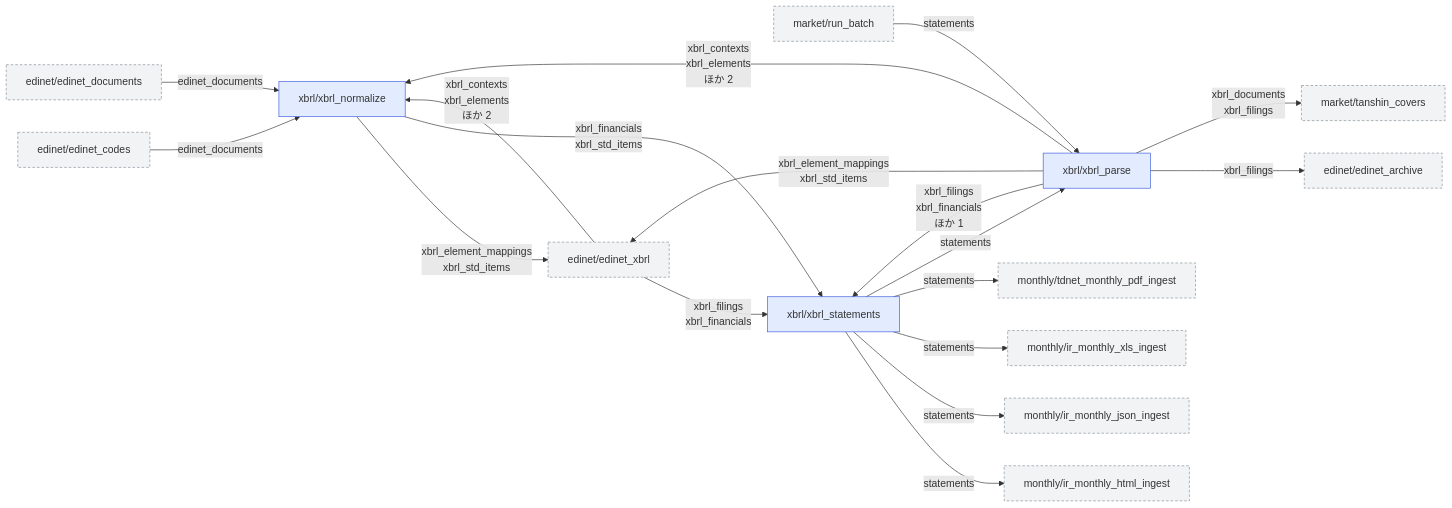
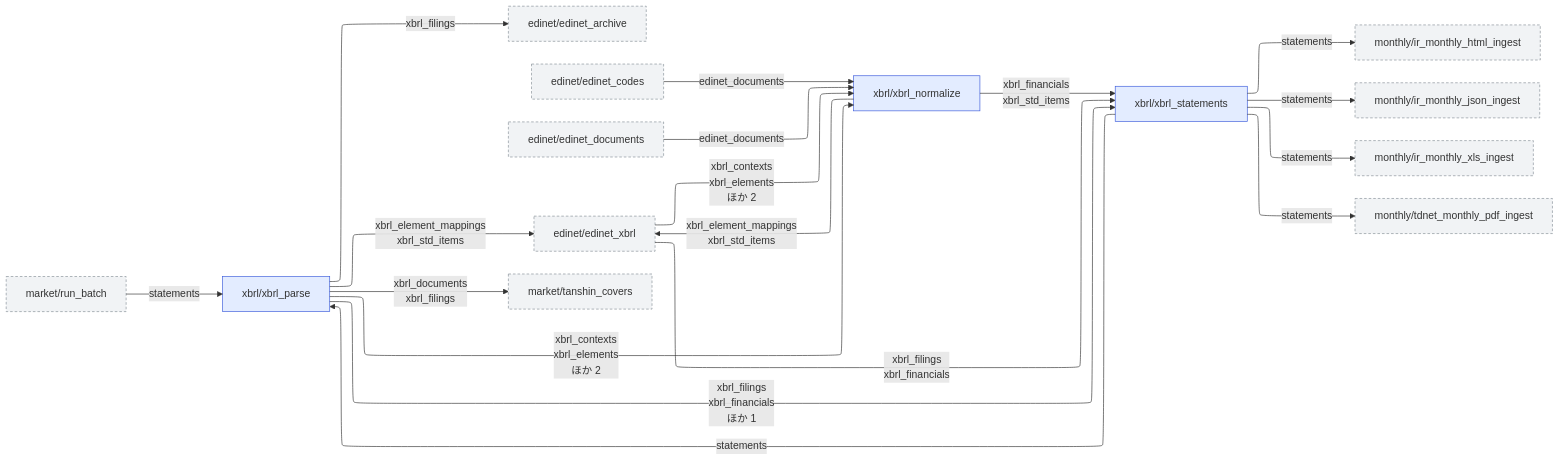
One commit to pekumirui/stock-analyzer changed the diagram in docs/jobs/gen/xbrl.md. Above: the diagram before and after it, drawn with Mermaid. The commit also changed 5 other files, not shown here.

First line of the commit message:
feature(KAB-506): ジョブ間の依存図を ELK で並べる

````diff
--- a/docs/jobs/gen/xbrl.md
+++ b/docs/jobs/gen/xbrl.md
@@ -9,35 +9,39 @@
 ```mermaid
+---
+config:
+  layout: elk
+---
 flowchart LR
   n0["edinet/edinet_archive"]:::ext
   n1["edinet/edinet_codes"]:::ext
   n2["edinet/edinet_documents"]:::ext
   n3["edinet/edinet_xbrl"]:::ext
   n4["market/run_batch"]:::ext
   n5["market/tanshin_covers"]:::ext
   n6["monthly/ir_monthly_html_ingest"]:::ext
   n7["monthly/ir_monthly_json_ingest"]:::ext
   n8["monthly/ir_monthly_xls_ingest"]:::ext
   n9["monthly/tdnet_monthly_pdf_ingest"]:::ext
   n10["xbrl/xbrl_normalize"]:::own
   n11["xbrl/xbrl_parse"]:::own
   n12["xbrl/xbrl_statements"]:::own
   n1 -->|"edinet_documents"| n10
   n2 -->|"edinet_documents"| n10
   n3 -->|"xbrl_contexts<br>xbrl_elements<br>ほか 2"| n10
   n3 -->|"xbrl_filings<br>xbrl_financials"| n12
   n4 -->|"statements"| n11
   n10 -->|"xbrl_element_mappings<br>xbrl_std_items"| n3
   n10 -->|"xbrl_financials<br>xbrl_std_items"| n12
   n11 -->|"xbrl_filings"| n0
   n11 -->|"xbrl_element_mappings<br>xbrl_std_items"| n3
   n11 -->|"xbrl_documents<br>xbrl_filings"| n5
   n11 -->|"xbrl_contexts<br>xbrl_elements<br>ほか 2"| n10
   n11 -->|"xbrl_filings<br>xbrl_financials<br>ほか 1"| n12
   n12 -->|"statements"| n6
   n12 -->|"statements"| n7
   n12 -->|"statements"| n8
   n12 -->|"statements"| n9
   n12 -->|"statements"| n11
   classDef own fill:#e3ecff,stroke:#3b5bdb
   classDef ext fill:#f1f3f5,stroke:#868e96,stroke-dasharray:4 3
 ```
````
